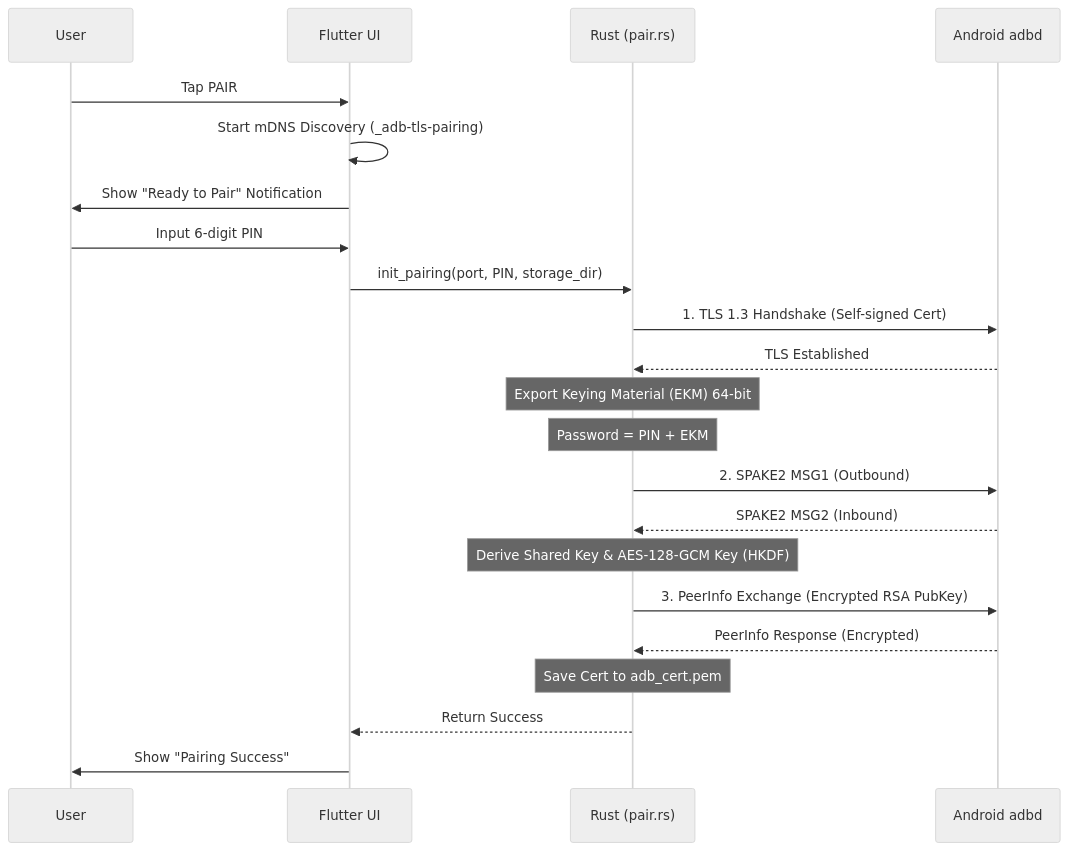
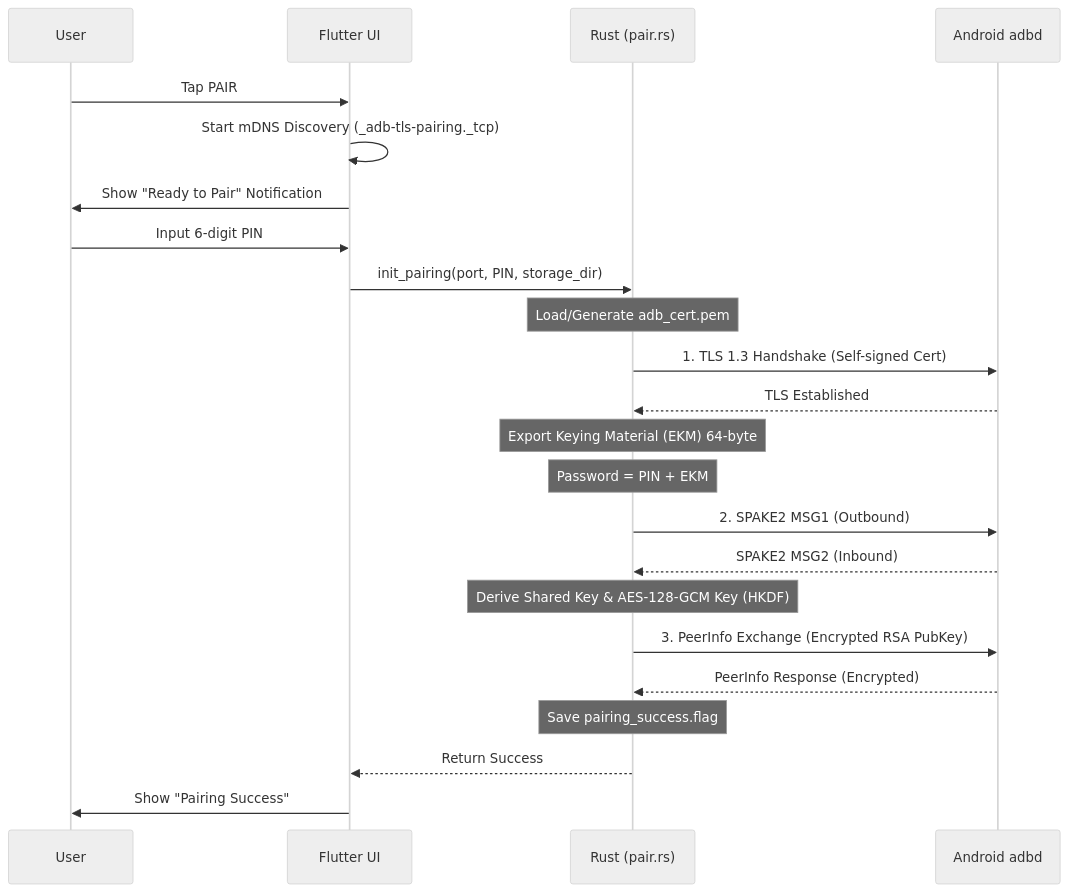
One commit to eLgorythm/Stellar changed the first of 2 diagrams in Flow.md. Above: the diagram before and after it, drawn with Mermaid (neutral theme). The commit also changed other lines of this file and 1 other file, not shown here.

````diff
--- a/Flow.md
+++ b/Flow.md
@@ -9,31 +9,32 @@
 ```mermaid
 sequenceDiagram
     participant U as User
     participant F as Flutter UI
     participant R as Rust (pair.rs)
     participant A as Android adbd
 
     U->>F: Tap PAIR
-    F->>F: Start mDNS Discovery (_adb-tls-pairing)
+    F->>F: Start mDNS Discovery (_adb-tls-pairing._tcp)
     F->>U: Show "Ready to Pair" Notification
     U->>F: Input 6-digit PIN
     F->>R: init_pairing(port, PIN, storage_dir)
     
+    Note over R: Load/Generate adb_cert.pem
     R->>A: 1. TLS 1.3 Handshake (Self-signed Cert)
     A-->>R: TLS Established
     
-    Note over R: Export Keying Material (EKM) 64-bit
+    Note over R: Export Keying Material (EKM) 64-byte
     Note over R: Password = PIN + EKM
     
     R->>A: 2. SPAKE2 MSG1 (Outbound)
     A-->>R: SPAKE2 MSG2 (Inbound)
     
     Note over R: Derive Shared Key & AES-128-GCM Key (HKDF)
     
     R->>A: 3. PeerInfo Exchange (Encrypted RSA PubKey)
     A-->>R: PeerInfo Response (Encrypted)
     
-    Note over R: Save Cert to adb_cert.pem
+    Note over R: Save pairing_success.flag
     R-->>F: Return Success
     F->>U: Show "Pairing Success"
 ```
````
